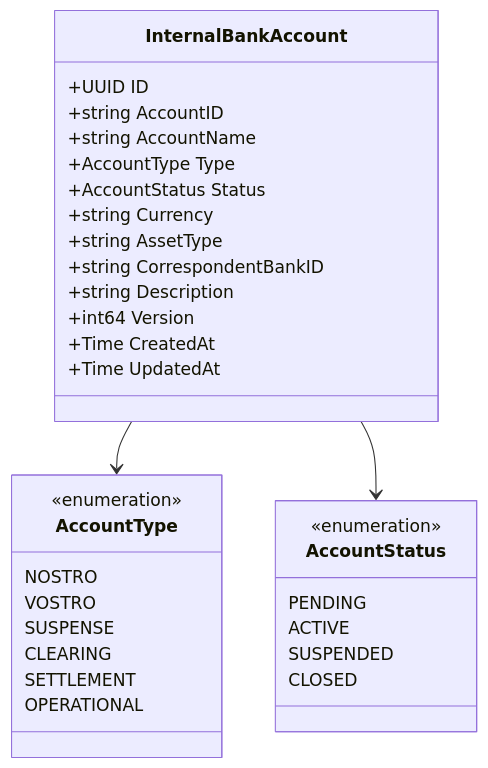
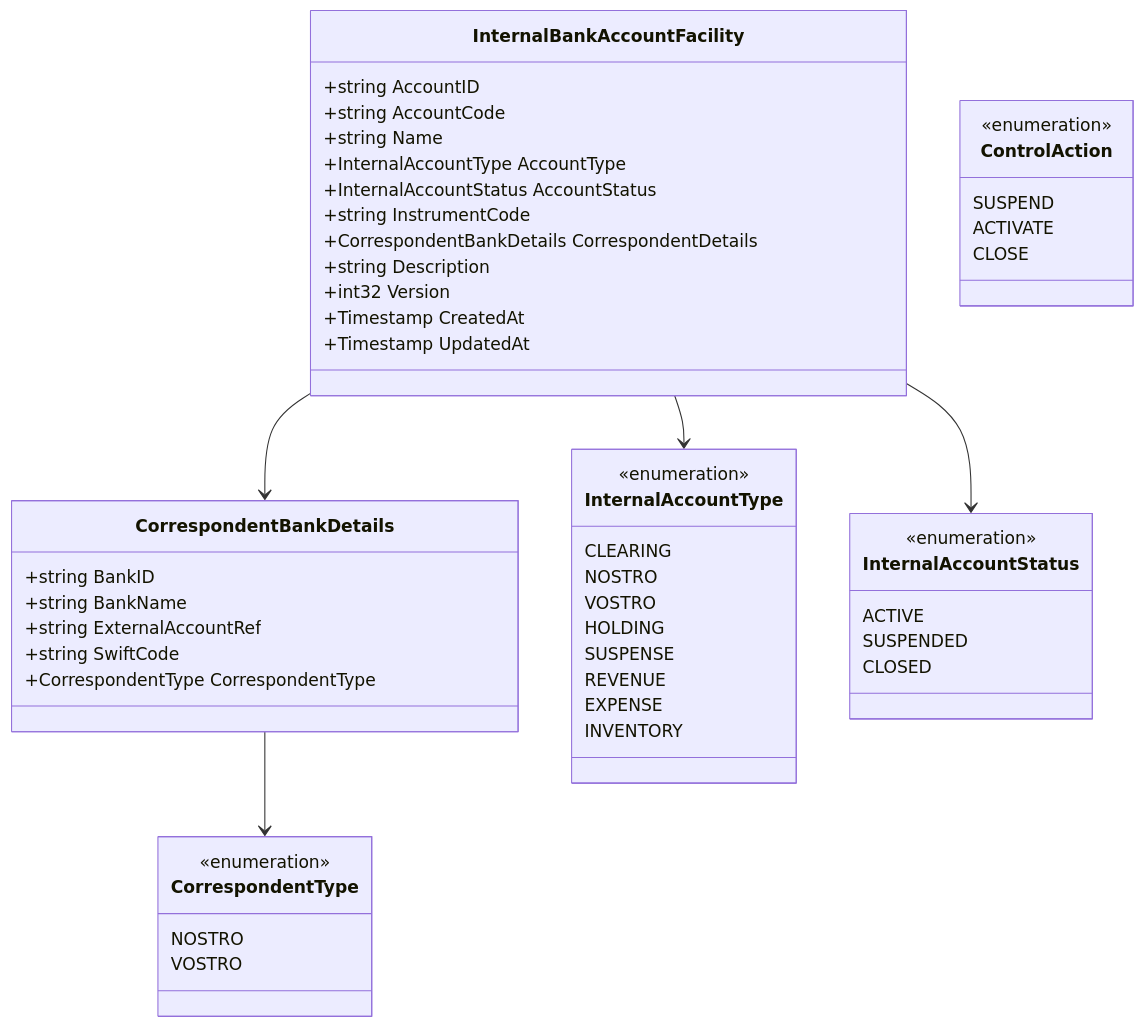
The first of 6 diagrams in services/internal-bank-account/README.md (meridianhub/meridian), drawn with Mermaid before and after one commit. The commit also changed other lines of this file and 16 other files, not shown here.

First line of the commit message:
docs(internal-bank-account): add comprehensive documentation and ADR

````diff
--- a/services/internal-bank-account/README.md
+++ b/services/internal-bank-account/README.md
@@ -66,38 +130,61 @@
 ```mermaid
 classDiagram
-    class InternalBankAccount {
-        +UUID ID
+    class InternalBankAccountFacility {
         +string AccountID
-        +string AccountName
-        +AccountType Type
-        +AccountStatus Status
-        +string Currency
-        +string AssetType
-        +string CorrespondentBankID
+        +string AccountCode
+        +string Name
+        +InternalAccountType AccountType
+        +InternalAccountStatus AccountStatus
+        +string InstrumentCode
+        +CorrespondentBankDetails CorrespondentDetails
         +string Description
-        +int64 Version
-        +Time CreatedAt
-        +Time UpdatedAt
+        +int32 Version
+        +Timestamp CreatedAt
+        +Timestamp UpdatedAt
     }
 
-    class AccountType {
+    class CorrespondentBankDetails {
+        +string BankID
+        +string BankName
+        +string ExternalAccountRef
+        +string SwiftCode
+        +CorrespondentType CorrespondentType
+    }
+
+    class InternalAccountType {
         <<enumeration>>
+        CLEARING
         NOSTRO
         VOSTRO
+        HOLDING
         SUSPENSE
-        CLEARING
-        SETTLEMENT
-        OPERATIONAL
+        REVENUE
+        EXPENSE
+        INVENTORY
     }
 
-    class AccountStatus {
+    class InternalAccountStatus {
         <<enumeration>>
-        PENDING
         ACTIVE
         SUSPENDED
         CLOSED
     }
 
-    InternalBankAccount --> AccountType
-    InternalBankAccount --> AccountStatus
+    class ControlAction {
+        <<enumeration>>
+        SUSPEND
+        ACTIVATE
+        CLOSE
+    }
+
+    class CorrespondentType {
+        <<enumeration>>
+        NOSTRO
+        VOSTRO
+    }
+
+    InternalBankAccountFacility --> InternalAccountType
+    InternalBankAccountFacility --> InternalAccountStatus
+    InternalBankAccountFacility --> CorrespondentBankDetails
+    CorrespondentBankDetails --> CorrespondentType
 ```
````
